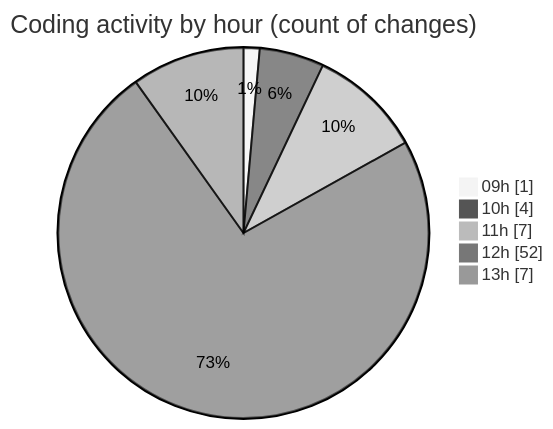
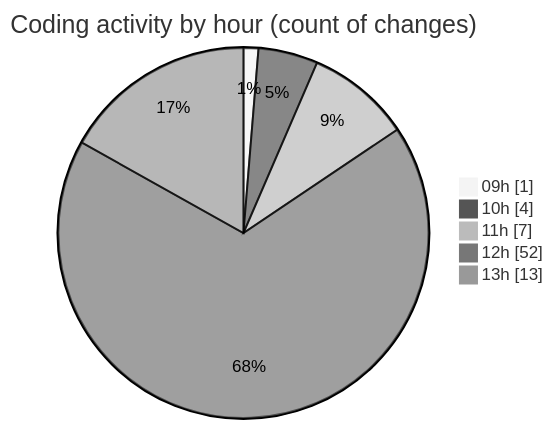
The second of 2 diagrams in 2025-04-07/cda/README.md (momahboobian/code-tracking), drawn with Mermaid (neutral theme) before and after one commit. The commit also changed other lines of this file and 1 other file, not shown here.

````diff
--- a/2025-04-07/cda/README.md
+++ b/2025-04-07/cda/README.md
@@ -35,9 +35,9 @@
 ```mermaid
 pie showData
 title Coding activity by hour (count of changes)
 "09h" : 1
 "10h" : 4
 "11h" : 7
 "12h" : 52
-"13h" : 7
+"13h" : 13
 ```
````
